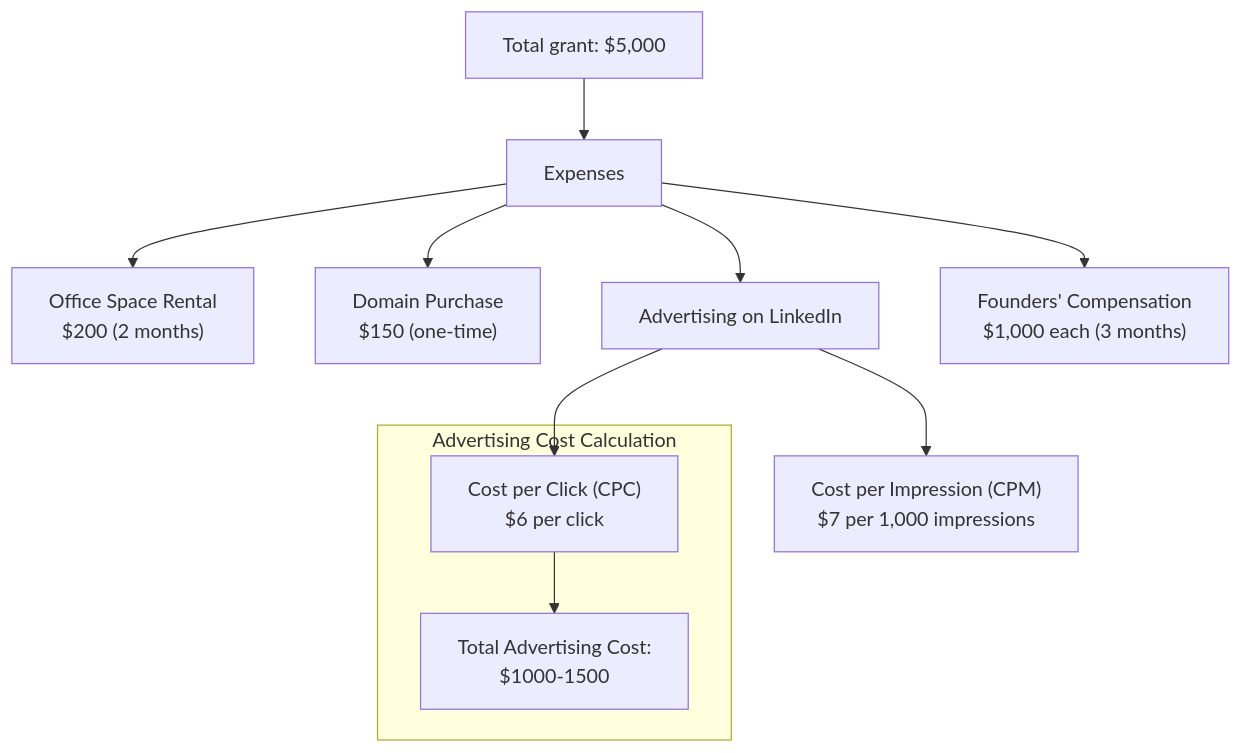
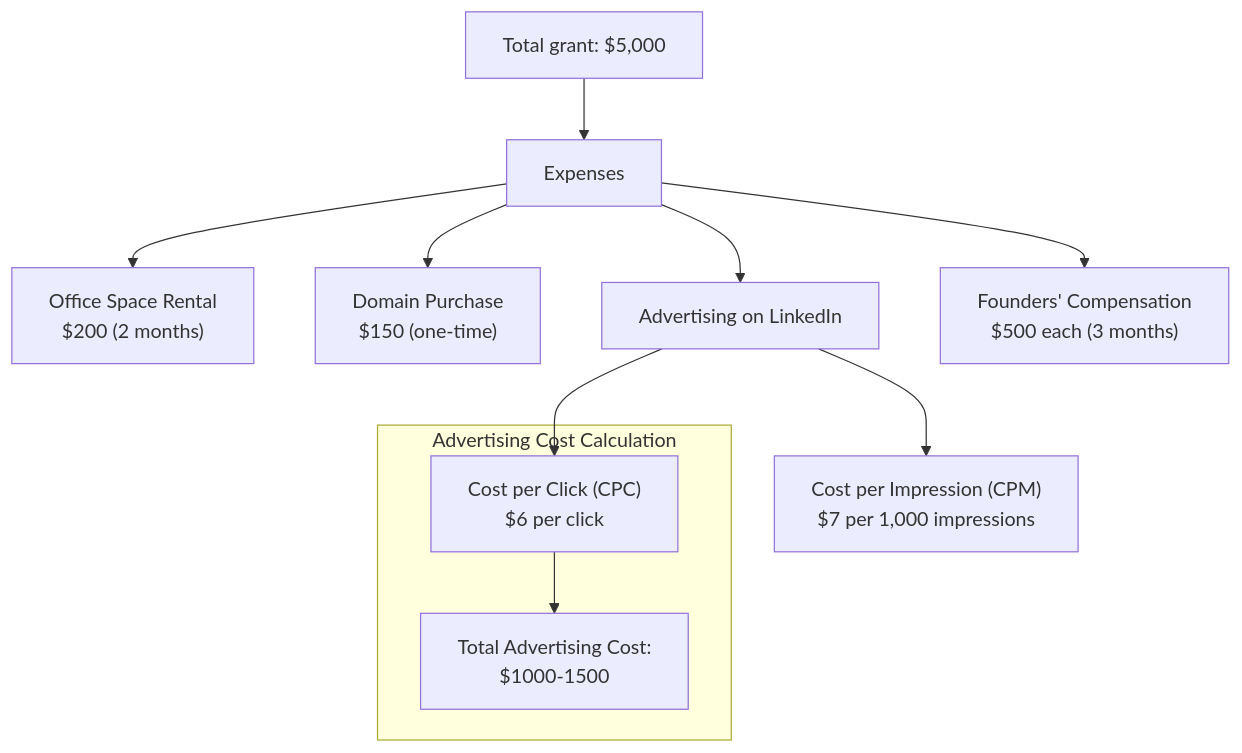
One commit to reorg-icp/Reorg changed the first of 3 diagrams in Finance(July-September).md. Above: the diagram before and after it, drawn with Mermaid.

````diff
--- a/Finance(July-September).md
+++ b/Finance(July-September).md
@@ -2,41 +2,41 @@
 ```mermaid
 %% Define the chart layout
 graph TD;
 
   %% Income node
   A[Total grant: $5,000]
   
   %% Expenses node
   B[Expenses]
   
   %% Office space rental
   C["Office Space Rental<br>$200 (2 months)"]
   
   %% Domain purchase
   D["Domain Purchase<br>$150 (one-time)"]
   
   %% Advertising on LinkedIn
   E[Advertising on LinkedIn]
   
   %% CPC and CPM details
   F["Cost per Click (CPC)<br>$6 per click"]
   G["Cost per Impression (CPM)<br>$7 per 1,000 impressions"]
   
   %% Founders' compensation
-  H["Founders' Compensation<br>$1,000 each (3 months)"]
+  H["Founders' Compensation<br>$500 each (3 months)"]
   
   %% Connect nodes
   A --> B
   B --> C
   B --> D
   B --> E
   E --> F
   E --> G
   B --> H
 
   %% Calculate total advertising cost
   subgraph Advertising Cost Calculation
     F --> TotalAdsCost["Total Advertising Cost:<br>$1000-1500"]
   end
 
 ```
````
